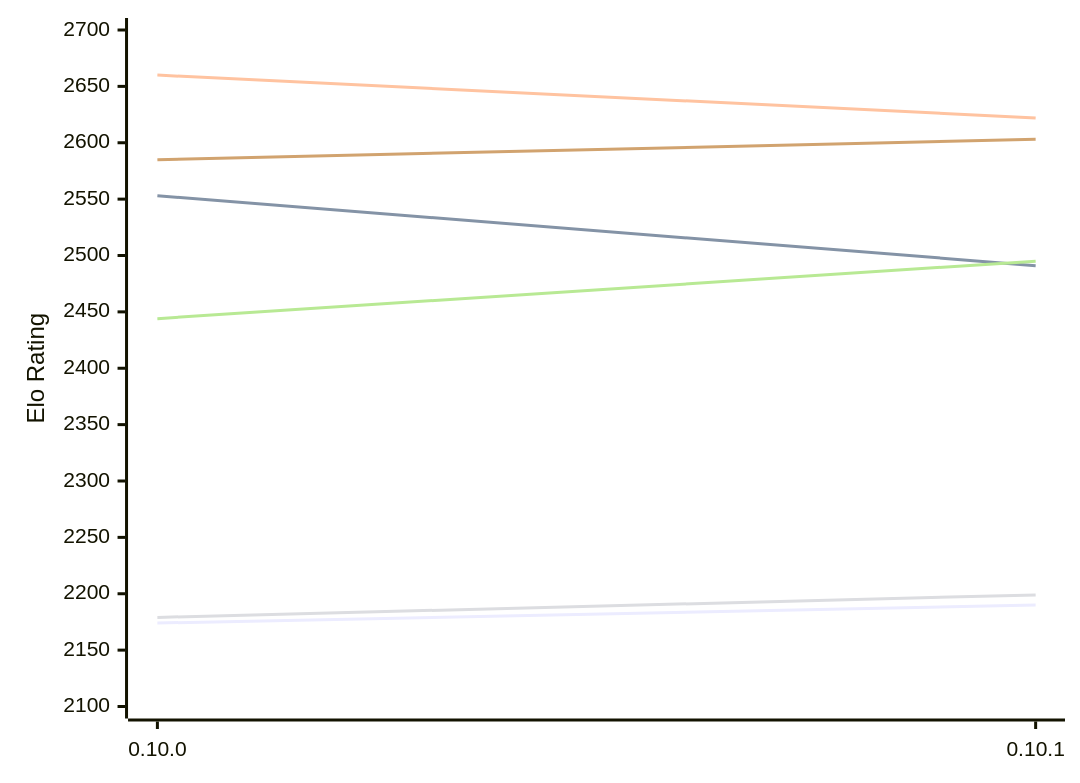
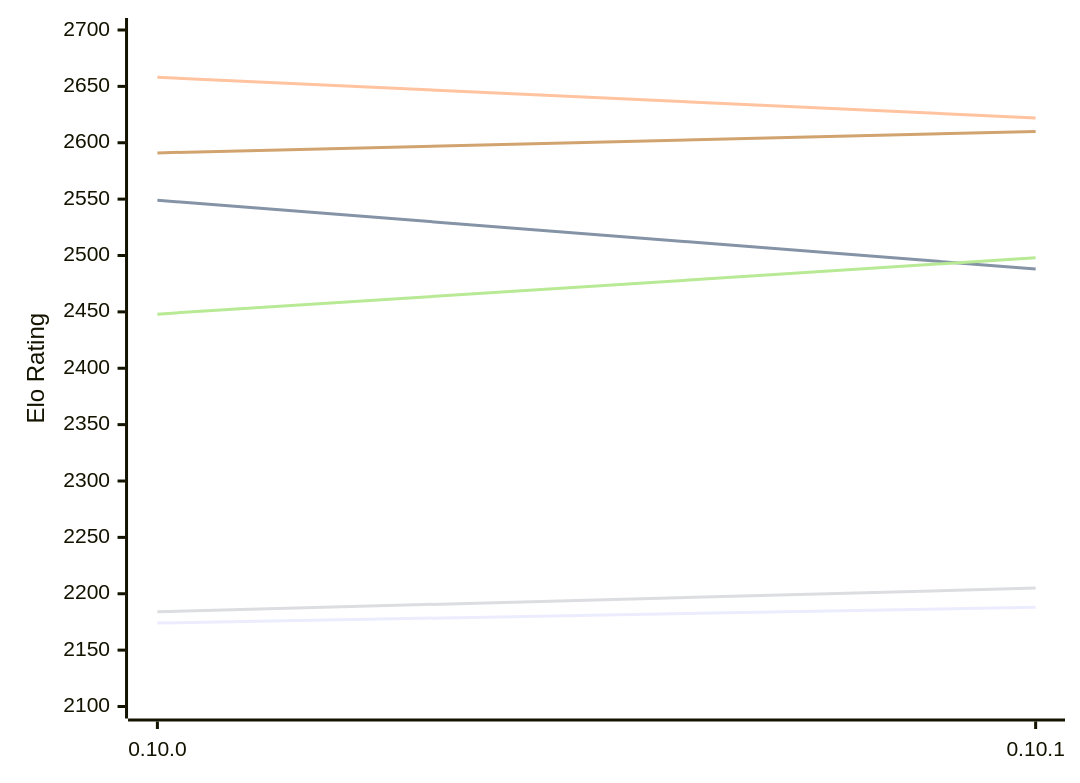
The first of 2 diagrams in engines/Fatalii.md (computer-chess-index/cci), drawn with Mermaid before and after one commit. The commit also changed other lines of this file, not shown here.

Commit message:
Update CCI Ratings (ELO VLTC) - 2026-11-23

````diff
--- a/engines/Fatalii.md
+++ b/engines/Fatalii.md
@@ -50,12 +50,12 @@
 ```mermaid
 %%{init: {"theme":"base","themeVariables":{"seriesColors:['#a3a3a3','#222221','#faa371']}}}%%
 xychart-beta
   x-axis ["0.10.0", "0.10.1"]
   y-axis "Elo Rating" 2100 --> 2700
-  line "E1: STC (8.0+0.08s)" [2174, 2190]
-  line "E1: LTC (60.0+0.60s)" [2553, 2491]
-  line "E1: VLTC (2m24s+1.12s)" [2660, 2622]
-  line "P1: STC (8.0+0.08s)" [2179, 2199]
-  line "P1: LTC (60.0+0.60s)" [2444, 2495]
-  line "P1: VLTC (2m24s+1.12s)" [2585, 2603]
+  line "E1: STC (8.0+0.08s)" [2174, 2188]
+  line "E1: LTC (60.0+0.60s)" [2549, 2488]
+  line "E1: VLTC (2m24s+1.12s)" [2658, 2622]
+  line "P1: STC (8.0+0.08s)" [2184, 2205]
+  line "P1: LTC (60.0+0.60s)" [2448, 2498]
+  line "P1: VLTC (2m24s+1.12s)" [2591, 2610]
 ```
````
